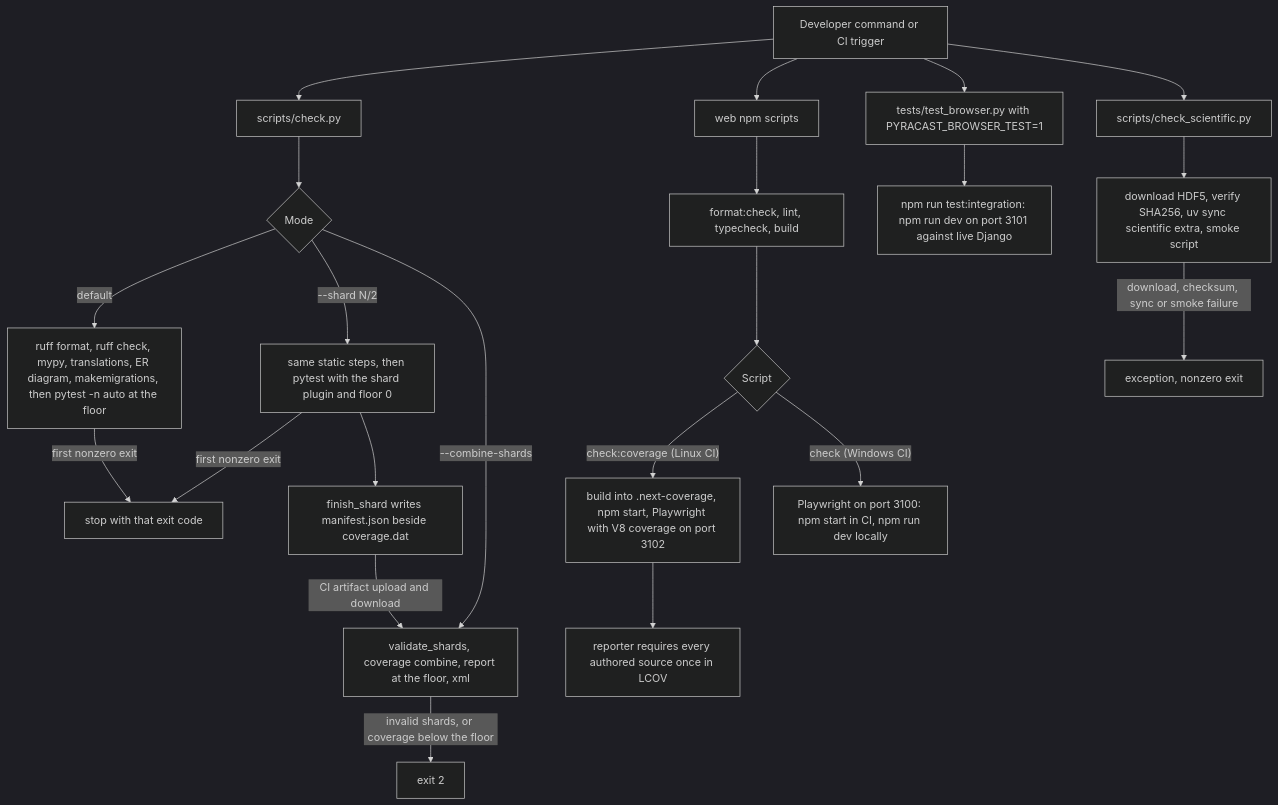
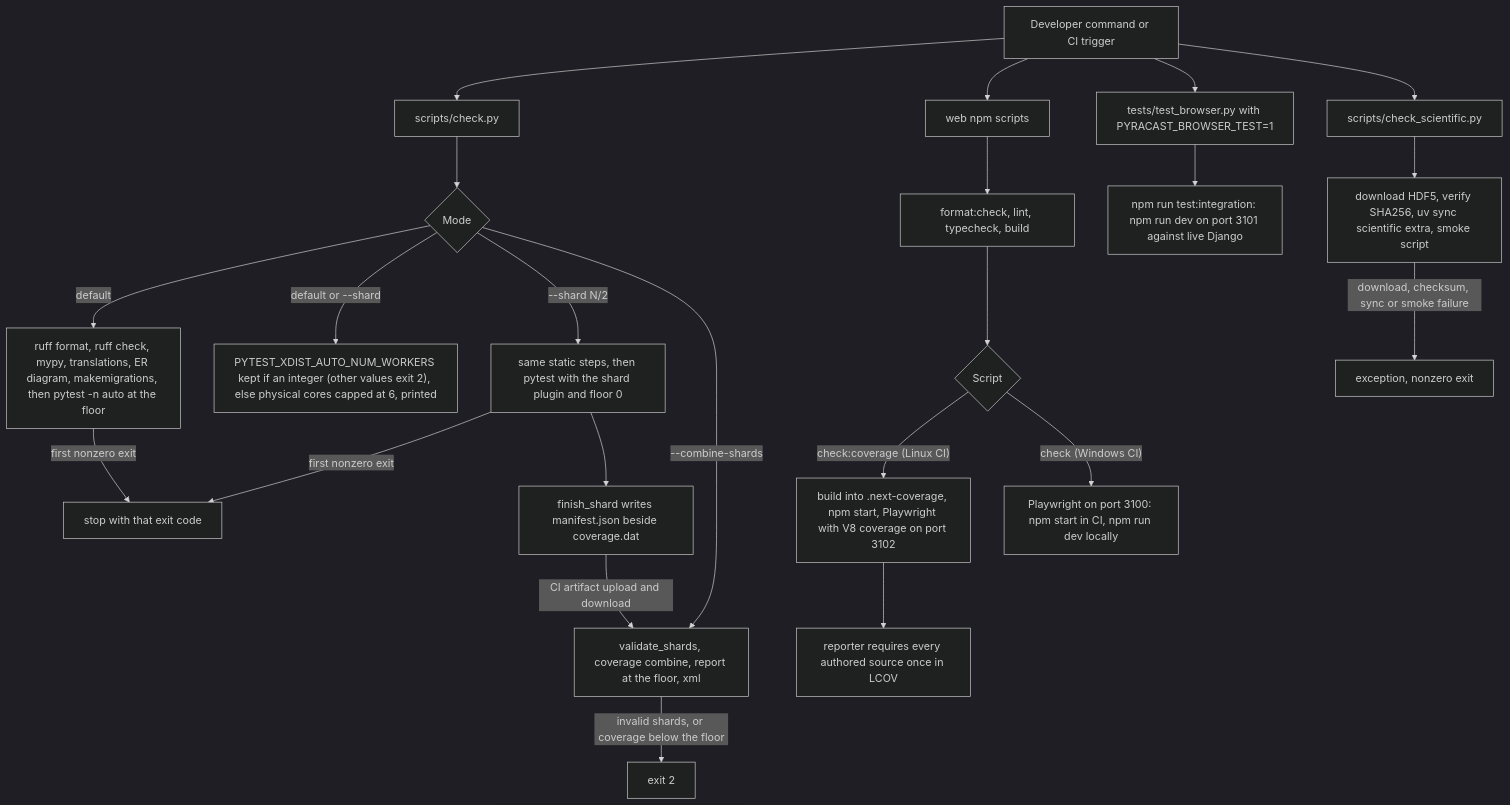
One commit to erkurtharun/pyracast changed the diagram in docs/flows/developer-quality-gate.md. Above: the diagram before and after it, drawn with Mermaid (dark theme). The commit also changed other lines of this file and 11 other files, not shown here.

````diff
--- a/docs/flows/developer-quality-gate.md
+++ b/docs/flows/developer-quality-gate.md
@@ -15,24 +15,25 @@
 ```mermaid
 flowchart TD
     trig["Developer command or CI trigger"] --> B["scripts/check.py"]
     trig --> W["web npm scripts"]
     trig --> BR["tests/test_browser.py with PYRACAST_BROWSER_TEST=1"]
     trig --> S["scripts/check_scientific.py"]
     B --> M{"Mode"}
     M -->|"default"| F["ruff format, ruff check, mypy, translations, ER diagram, makemigrations, then pytest -n auto at the floor"]
+    M -->|"default or --shard"| N["PYTEST_XDIST_AUTO_NUM_WORKERS kept if an integer (other values exit 2), else physical cores capped at 6, printed"]
     M -->|"--shard N/2"| H["same static steps, then pytest with the shard plugin and floor 0"]
     M -->|"--combine-shards"| C["validate_shards, coverage combine, report at the floor, xml"]
     F -->|"first nonzero exit"| X["stop with that exit code"]
     H -->|"first nonzero exit"| X
     H --> K["finish_shard writes manifest.json beside coverage.dat"]
     K -->|"CI artifact upload and download"| C
     C -->|"invalid shards, or coverage below the floor"| X2["exit 2"]
     W --> V["format:check, lint, typecheck, build"]
     V --> R{"Script"}
     R -->|"check:coverage (Linux CI)"| TC["build into .next-coverage, npm start, Playwright with V8 coverage on port 3102"]
     R -->|"check (Windows CI)"| TN["Playwright on port 3100: npm start in CI, npm run dev locally"]
     TC --> LC["reporter requires every authored source once in LCOV"]
     BR --> I["npm run test:integration: npm run dev on port 3101 against live Django"]
     S --> D["download HDF5, verify SHA256, uv sync scientific extra, smoke script"]
     D -->|"download, checksum, sync or smoke failure"| E["exception, nonzero exit"]
 ```
````
